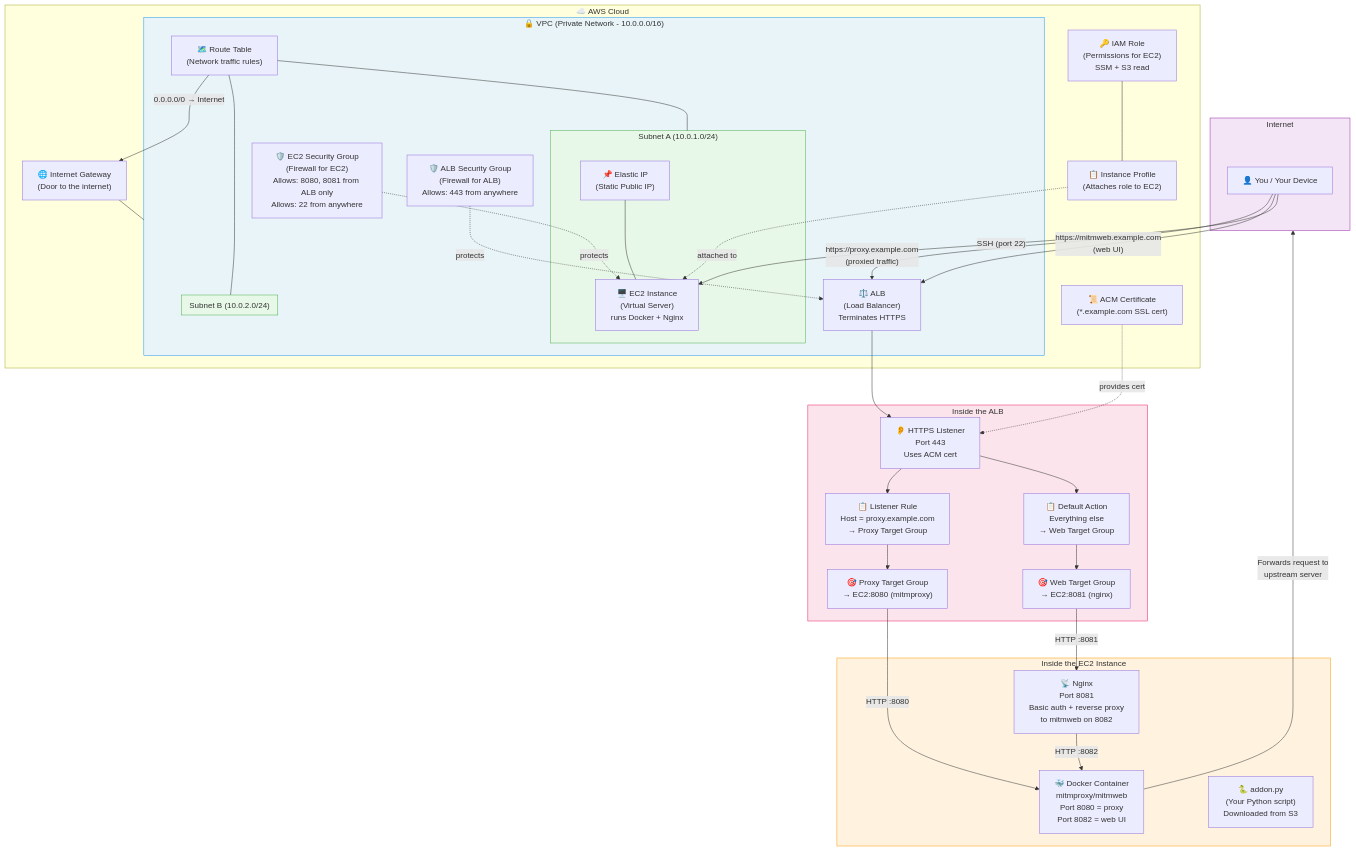
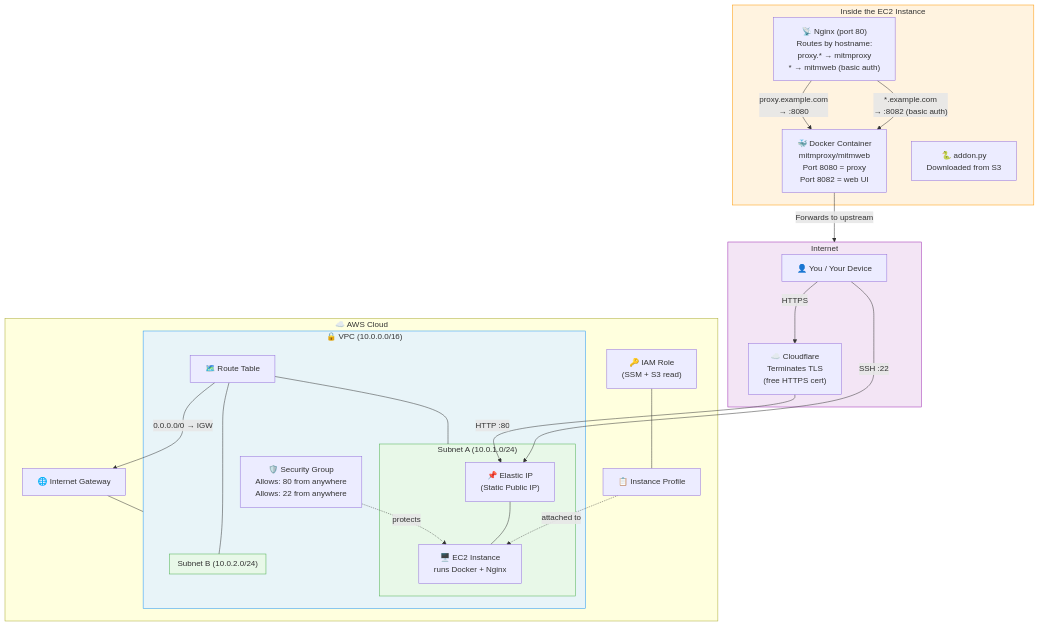
The diagram in architecture.md (nadav96/remote-mitmproxy), drawn with Mermaid before and after one commit. The commit also changed other lines of this file and 10 other files, not shown here.

````diff
--- a/architecture.md
+++ b/architecture.md
@@ -4,85 +4,65 @@
 graph TB
     subgraph Internet
         User["👤 You / Your Device"]
+        Cloudflare["☁️ Cloudflare<br/>Terminates TLS<br/>(free HTTPS cert)"]
     end
 
     subgraph AWS["☁️ AWS Cloud"]
 
-        subgraph VPC["🔒 VPC (Private Network - 10.0.0.0/16)"]
+        subgraph VPC["🔒 VPC (10.0.0.0/16)"]
 
             subgraph SubnetA["Subnet A (10.0.1.0/24)"]
-                EC2["🖥️ EC2 Instance<br/>(Virtual Server)<br/>runs Docker + Nginx"]
+                EC2["🖥️ EC2 Instance<br/>runs Docker + Nginx"]
                 EIP["📌 Elastic IP<br/>(Static Public IP)"]
             end
 
             subgraph SubnetB["Subnet B (10.0.2.0/24)"]
             end
 
-            ALB["⚖️ ALB<br/>(Load Balancer)<br/>Terminates HTTPS"]
+            EC2SG["🛡️ Security Group<br/>Allows: 80 from anywhere<br/>Allows: 22 from anywhere"]
 
-            EC2SG["🛡️ EC2 Security Group<br/>(Firewall for EC2)<br/>Allows: 8080, 8081 from ALB only<br/>Allows: 22 from anywhere"]
-            ALBSG["🛡️ ALB Security Group<br/>(Firewall for ALB)<br/>Allows: 443 from anywhere"]
-
-            RouteTable["🗺️ Route Table<br/>(Network traffic rules)"]
+            RouteTable["🗺️ Route Table"]
         end
 
-        IGW["🌐 Internet Gateway<br/>(Door to the internet)"]
-        ACM["📜 ACM Certificate<br/>(*.example.com SSL cert)"]
+        IGW["🌐 Internet Gateway"]
 
-        IAMRole["🔑 IAM Role<br/>(Permissions for EC2)<br/>SSM + S3 read"]
-        IAMProfile["📋 Instance Profile<br/>(Attaches role to EC2)"]
+        IAMRole["🔑 IAM Role<br/>(SSM + S3 read)"]
+        IAMProfile["📋 Instance Profile"]
     end
 
     subgraph EC2Inside["Inside the EC2 Instance"]
+        Nginx["📡 Nginx (port 80)<br/>Routes by hostname:<br/>proxy.* → mitmproxy<br/>* → mitmweb (basic auth)"]
         Docker["🐳 Docker Container<br/>mitmproxy/mitmweb<br/>Port 8080 = proxy<br/>Port 8082 = web UI"]
-        Nginx["📡 Nginx<br/>Port 8081<br/>Basic auth + reverse proxy<br/>to mitmweb on 8082"]
-        Addon["🐍 addon.py<br/>(Your Python script)<br/>Downloaded from S3"]
+        Addon["🐍 addon.py<br/>Downloaded from S3"]
     end
 
-    subgraph ALBInside["Inside the ALB"]
-        Listener["👂 HTTPS Listener<br/>Port 443<br/>Uses ACM cert"]
-        ProxyRule["📋 Listener Rule<br/>Host = proxy.example.com<br/>→ Proxy Target Group"]
-        DefaultAction["📋 Default Action<br/>Everything else<br/>→ Web Target Group"]
-        ProxyTG["🎯 Proxy Target Group<br/>→ EC2:8080 (mitmproxy)"]
-        WebTG["🎯 Web Target Group<br/>→ EC2:8081 (nginx)"]
-    end
+    %% Traffic flow
+    User -->|"HTTPS"| Cloudflare
+    Cloudflare -->|"HTTP :80"| EIP
+    User -->|"SSH :22"| EIP
+    EIP --- EC2
 
-    %% User traffic flows
-    User -->|"https://proxy.example.com<br/>(proxied traffic)"| ALB
-    User -->|"https://mitmweb.example.com<br/>(web UI)"| ALB
-    User -->|"SSH (port 22)"| EC2
+    %% Nginx routing
+    Nginx -->|"proxy.example.com<br/>→ :8080"| Docker
+    Nginx -->|"*.example.com<br/>→ :8082 (basic auth)"| Docker
 
-    %% ALB routing
-    ALB --> Listener
-    Listener --> ProxyRule
-    Listener --> DefaultAction
-    ProxyRule --> ProxyTG
-    DefaultAction --> WebTG
-    ProxyTG -->|"HTTP :8080"| Docker
-    WebTG -->|"HTTP :8081"| Nginx
-    Nginx -->|"HTTP :8082"| Docker
-
-    %% Network connections
+    %% Network
     IGW --- VPC
-    RouteTable -->|"0.0.0.0/0 → Internet"| IGW
+    RouteTable -->|"0.0.0.0/0 → IGW"| IGW
     RouteTable --- SubnetA
     RouteTable --- SubnetB
-    EIP --- EC2
 
     %% Security
-    ALBSG -.->|"protects"| ALB
     EC2SG -.->|"protects"| EC2
-    ACM -.->|"provides cert"| Listener
     IAMRole --- IAMProfile
     IAMProfile -.->|"attached to"| EC2
 
     %% Upstream
-    Docker -->|"Forwards request to<br/>upstream server"| Internet
+    Docker -->|"Forwards to upstream"| Internet
 
     style VPC fill:#e8f4f8,stroke:#2196F3
     style SubnetA fill:#e8f8e8,stroke:#4CAF50
     style SubnetB fill:#e8f8e8,stroke:#4CAF50
     style EC2Inside fill:#fff3e0,stroke:#FF9800
-    style ALBInside fill:#fce4ec,stroke:#E91E63
     style Internet fill:#f3e5f5,stroke:#9C27B0
 ```
````
